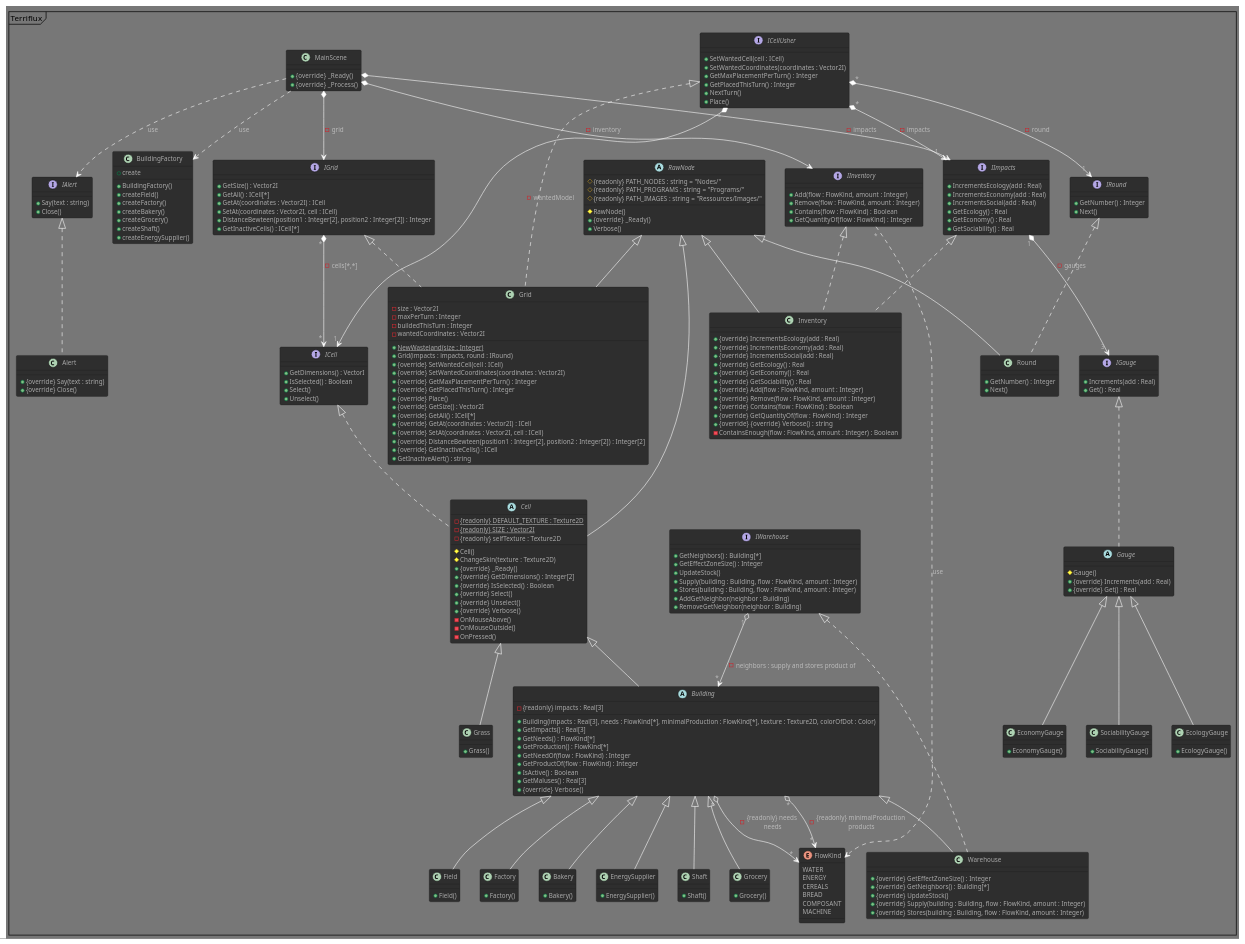
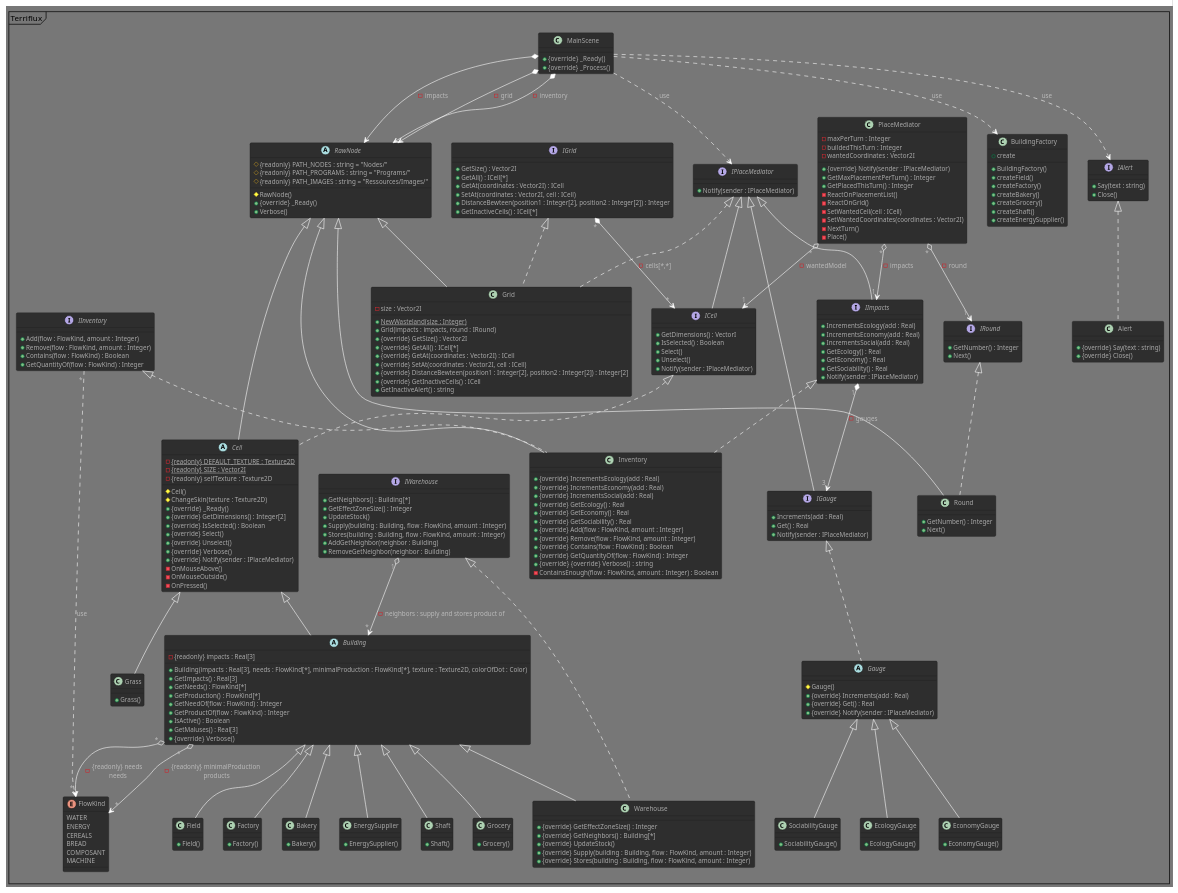
The diagram in Terriflux.puml (Spidermatou/Terriflux), drawn with PlantUML before and after one commit.

Commit message:
Add mediator uml

```diff
--- a/Terriflux.puml
+++ b/Terriflux.puml
@@ -9,11 +9,12 @@
     + {override}  _Ready()
     + {override}  _Process()
 }
-MainScene *--> IImpacts : - impacts
-MainScene *--> IGrid : - grid
-MainScene *--> IInventory : - inventory
+MainScene *--> RawNode : - impacts
+MainScene *--> RawNode : - grid
+MainScene *--> RawNode : - inventory
 MainScene ..> BuildingFactory : use  /' Via la PlacementList '/
 MainScene ..> IAlert : use  
+MainScene ..> IPlaceMediator : use  
 
 /' GENERAL '/
 /' Any node of our own creation '/
@@ -28,12 +29,13 @@
 }
 
 /' CELLS '/
-interface ICell 
+interface ICell implements IPlaceMediator
 {
     + GetDimensions() : VectorI 
     + IsSelected() : Boolean
     + Select()
     + Unselect() /' TODO - actuel ResetTexture '/
+    + Notify(sender : IPlaceMediator)
 }
 abstract Cell extends RawNode implements ICell
 {
@@ -48,6 +50,7 @@
     + {override} Select()
     + {override} Unselect() 
     + {override}  Verbose()
+    + {override} Notify(sender : IPlaceMediator)
     - OnMouseAbove()
     - OnMouseOutside()
     - OnPressed()
@@ -167,38 +170,40 @@
     + GetInactiveCells() : ICell[*]        /' notamment les batiments qui ne peuvent produire '/
 }
 IGrid" * " *--> " * "ICell : - cells[*,*] 
+interface IPlaceMediator
+{
+    + Notify(sender : IPlaceMediator)
+}
 /' gere uniquement le placement de cellule (et donc batiments) 
 et les operations qui le precedent/suivent (choix du type, des coordonnees, etc) '/
-interface ICellUsher  
+class PlaceMediator  
 {
-    + SetWantedCell(cell : ICell)
-    + SetWantedCoordinates(coordinates : Vector2I)
+    - maxPerTurn : Integer
+    - buildedThisTurn : Integer
+    - wantedCoordinates : Vector2I
+    + {override} Notify(sender : IPlaceMediator)
     + GetMaxPlacementPerTurn() : Integer
     + GetPlacedThisTurn() : Integer
-    + NextTurn()
+    - ReactOnPlacementList()
+    - ReactOnGrid()
+    - SetWantedCell(cell : ICell)
+    - SetWantedCoordinates(coordinates : Vector2I)
+    - NextTurn()
     /' 
         Confirm the placement - old StartPlacement() 
         Si c'est un bat : l'ajout à l'entrepot le plus proche s'il est dans sa zone
         Si c'est un entrepot : recherche des bats dans sa zone et ajout  
     '/
-    + Place()   
+    - Place()  
 }
-ICellUsher" * " *--> " 1 "ICell : - wantedModel 
-ICellUsher" * " *--> " 1 "IImpacts : - impacts 
-ICellUsher" * " *--> " 1 "IRound : - round 
-class Grid extends RawNode implements IGrid, ICellUsher
+PlaceMediator" * " o--> " 1 "ICell : - wantedModel 
+PlaceMediator" * " o--> " 1 "IImpacts : - impacts 
+PlaceMediator" * " o--> " 1 "IRound : - round 
+class Grid extends RawNode implements IGrid, IPlaceMediator
 {
     - size : Vector2I
-    - maxPerTurn : Integer
-    - buildedThisTurn : Integer
-    - wantedCoordinates : Vector2I
     + {static} NewWasteland(size : Integer)
     + Grid(impacts : impacts, round : IRound)
-    + {override} SetWantedCell(cell : ICell)
-    + {override} SetWantedCoordinates(coordinates : Vector2I)
-    + {override} GetMaxPlacementPerTurn() : Integer
-    + {override} GetPlacedThisTurn() : Integer
-    + {override} Place()
     + {override} GetSize() : Vector2I
     + {override} GetAll() : ICell[*]       
     + {override} GetAt(coordinates : Vector2I) : ICell
@@ -209,16 +214,18 @@
 }
 
 /' INVENTORY & IMPACTS '/
-interface IGauge
+interface IGauge implements IPlaceMediator
 {
     + Increments(add : Real)
     + Get() : Real
+    + Notify(sender : IPlaceMediator)
 }
 abstract Gauge implements IGauge
 {
     # Gauge()
     + {override} Increments(add : Real)
     + {override} Get() : Real
+    + {override} Notify(sender : IPlaceMediator)
 }
 class EcologyGauge extends Gauge
 {
@@ -232,7 +239,7 @@
 {
     + SociabilityGauge()
 }
-interface IImpacts
+interface IImpacts implements IPlaceMediator
 {
     + IncrementsEcology(add : Real)
     + IncrementsEconomy(add : Real)
@@ -240,6 +247,7 @@
     + GetEcology() : Real
     + GetEconomy() : Real
     + GetSociability() : Real
+    + Notify(sender : IPlaceMediator)
 }
 IImpacts" 1 " *--> " 3 "IGauge : - gauges
 interface IInventory 
```
